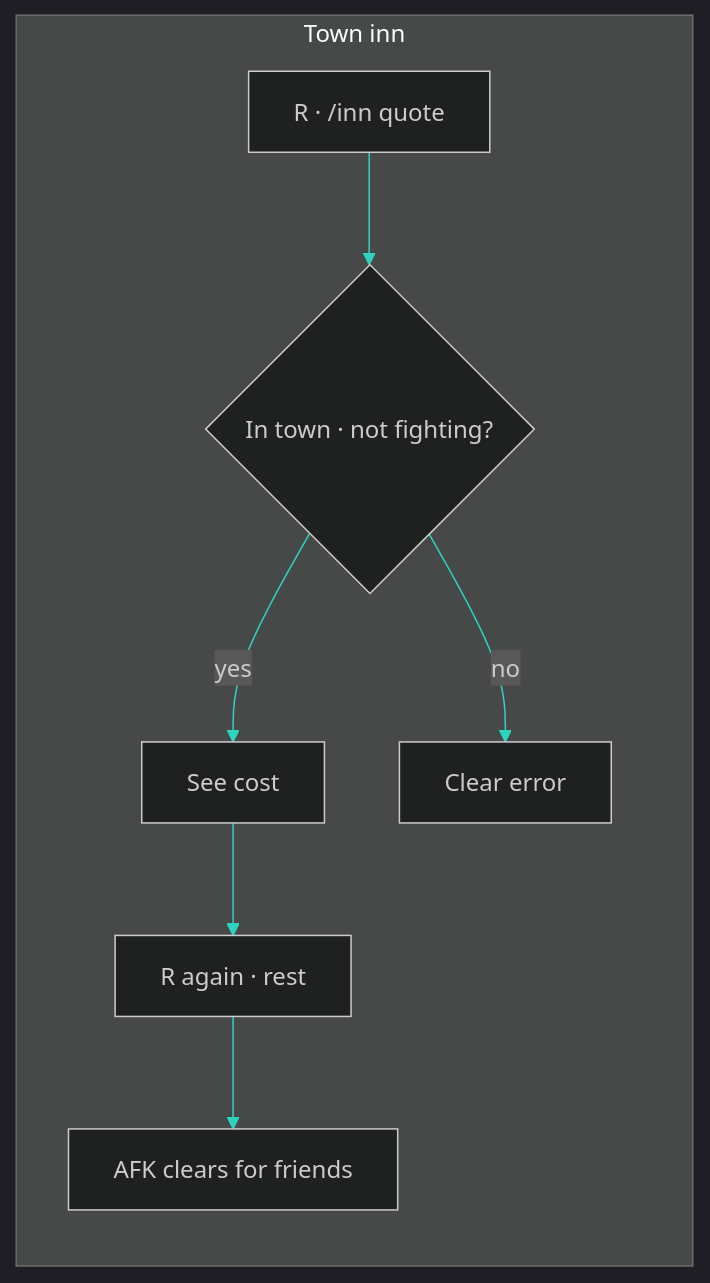
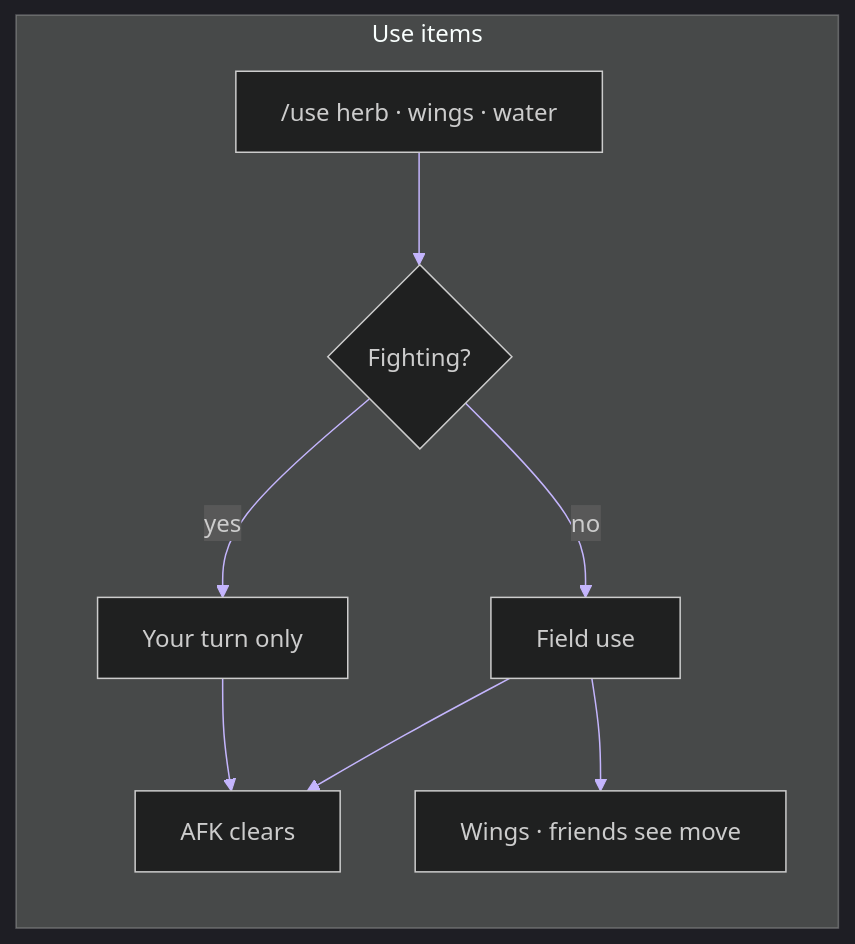
One commit to Im-Nova-Dev/dq1_mmo changed the second of 8 diagrams in README.md. Above: the diagram before and after it, drawn with Mermaid. The commit also changed other lines of this file and 9 other files, not shown here.

First line of the commit message:
Ship v0.5.149: use_item handler extract with combat turn and AFK clear.

````diff
--- a/README.md
+++ b/README.md
@@ -293,11 +293,12 @@
 ```mermaid
-%%{init: {'theme': 'dark', 'themeVariables': { 'primaryColor': '#134e4a', 'primaryTextColor': '#ccfbf1', 'lineColor': '#2dd4bf', 'secondaryColor': '#1e3a8a', 'tertiaryColor': '#1e293b'}}}%%
+%%{init: {'theme': 'dark', 'themeVariables': { 'primaryColor': '#4c1d95', 'primaryTextColor': '#ede9fe', 'lineColor': '#c4b5fd', 'secondaryColor': '#1e3a8a', 'tertiaryColor': '#1e293b'}}}%%
 flowchart LR
-  subgraph inn ["Town inn"]
-    Q["R · /inn quote"] --> C{"In town · not fighting?"}
-    C -->|yes| P["See cost"]
-    C -->|no| E["Clear error"]
-    P --> R["R again · rest"]
-    R --> A["AFK clears for friends"]
+  subgraph use ["Use items"]
+    U["/use herb · wings · water"] --> F{"Fighting?"}
+    F -->|yes| T["Your turn only"]
+    F -->|no| O["Field use"]
+    T --> A["AFK clears"]
+    O --> A
+    O --> W["Wings · friends see move"]
   end
 ```
````
